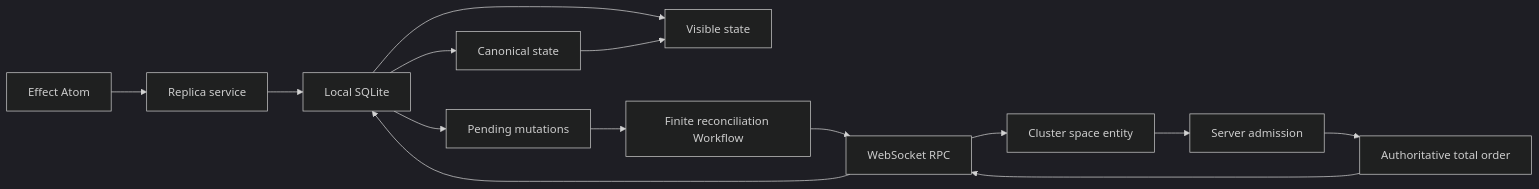
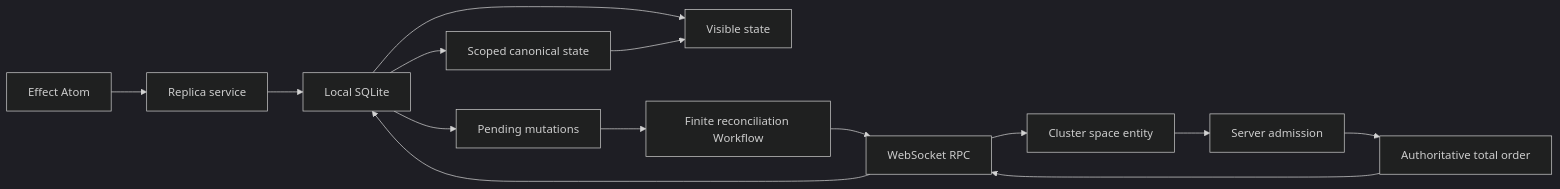
One commit to lucas-barake/effect-local changed the diagram in README.md. Above: the diagram before and after it, drawn with Mermaid (dark theme). The commit also changed other lines of this file and 42 other files, not shown here.

````diff
--- a/README.md
+++ b/README.md
@@ -13,17 +13,17 @@
 ```mermaid
 flowchart LR
   UI["Effect Atom"] --> R["Replica service"]
   R --> L["Local SQLite"]
   L --> P["Pending mutations"]
   L --> V["Visible state"]
   P --> F["Finite reconciliation Workflow"]
   F --> W
   W["WebSocket RPC"]
   W --> E["Cluster space entity"]
   E --> S["Server admission"]
   S --> O["Authoritative total order"]
   O --> W
   W --> L
-  L --> C["Canonical state"]
+  L --> C["Scoped canonical state"]
   C --> V
 ```
````
